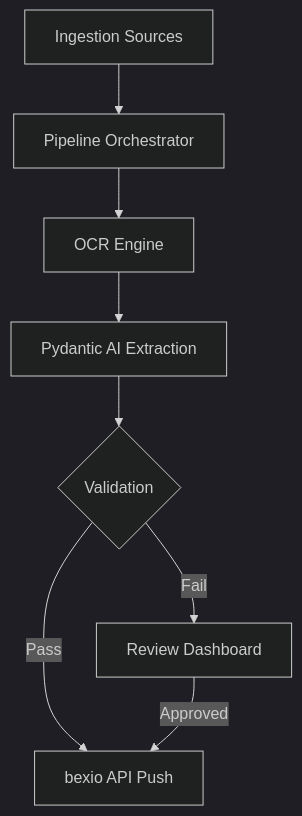
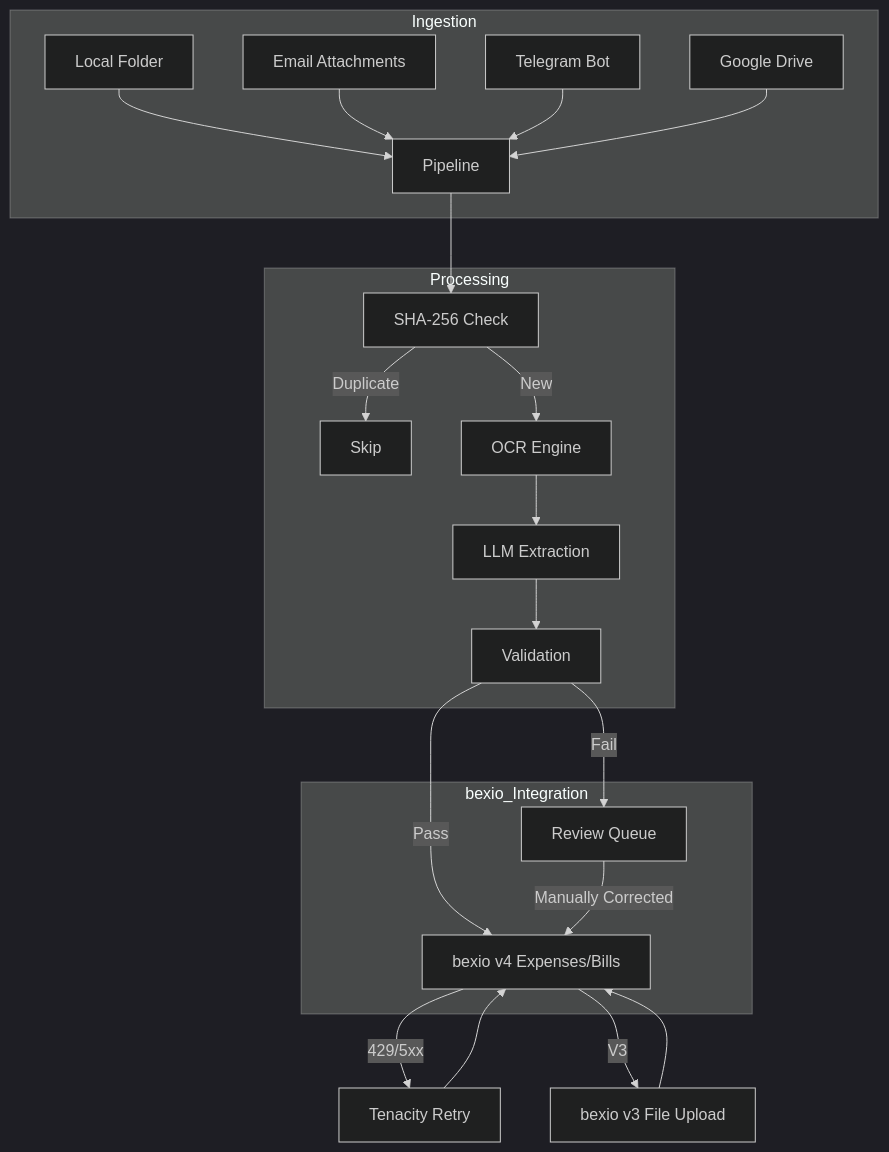
One commit to tazztone/bexio-receipts changed the diagram in docs/ARCHITECTURE.md. Above: the diagram before and after it, drawn with Mermaid (dark theme). The commit also changed other lines of this file and 12 other files, not shown here.

````diff
--- a/docs/ARCHITECTURE.md
+++ b/docs/ARCHITECTURE.md
@@ -7,10 +8,28 @@
 ```mermaid
 graph TD
-    A[Ingestion Sources] --> B[Pipeline Orchestrator]
-    B --> C[OCR Engine]
-    C --> D[Pydantic AI Extraction]
-    D --> E{Validation}
-    E -- Pass --> F[bexio API Push]
-    E -- Fail --> G[Review Dashboard]
-    G -- Approved --> F
+    subgraph Ingestion
+        WatchedDir[Local Folder] --> P[Pipeline]
+        IMAP[Email Attachments] --> P
+        Telegram[Telegram Bot] --> P
+        GDrive[Google Drive] --> P
+    end
+
+    subgraph Processing
+        P --> Hash[SHA-256 Check]
+        Hash -- Duplicate --> Skip[Skip]
+        Hash -- New --> OCR[OCR Engine]
+        OCR --> LLM[LLM Extraction]
+        LLM --> VAL[Validation]
+    end
+
+    subgraph bexio_Integration
+        VAL -- Pass --> BEX_V4[bexio v4 Expenses/Bills]
+        VAL -- Fail --> Review[Review Queue]
+        Review -- Manually Corrected --> BEX_V4
+    end
+
+    BEX_V4 -- 429/5xx --> Retry[Tenacity Retry]
+    Retry --> BEX_V4
+    BEX_V4 -- V3 --> Upload[bexio v3 File Upload]
+    Upload --> BEX_V4
 ```
````
